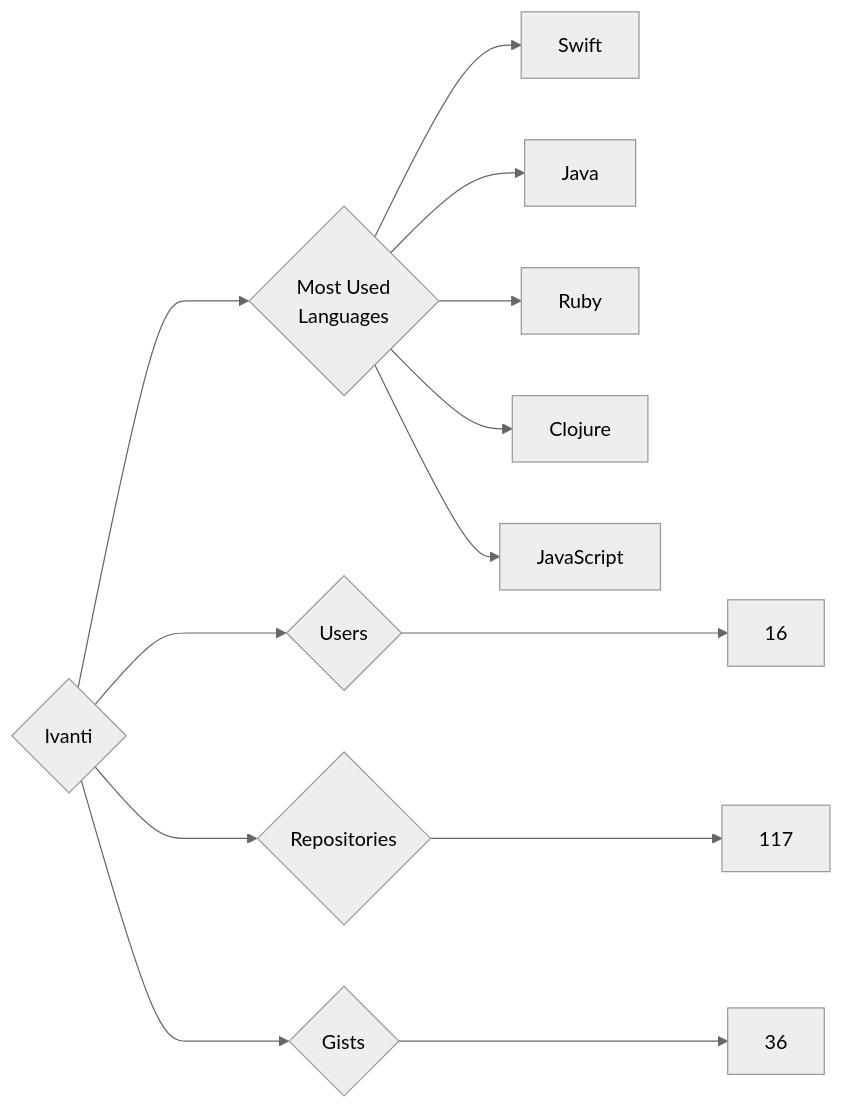
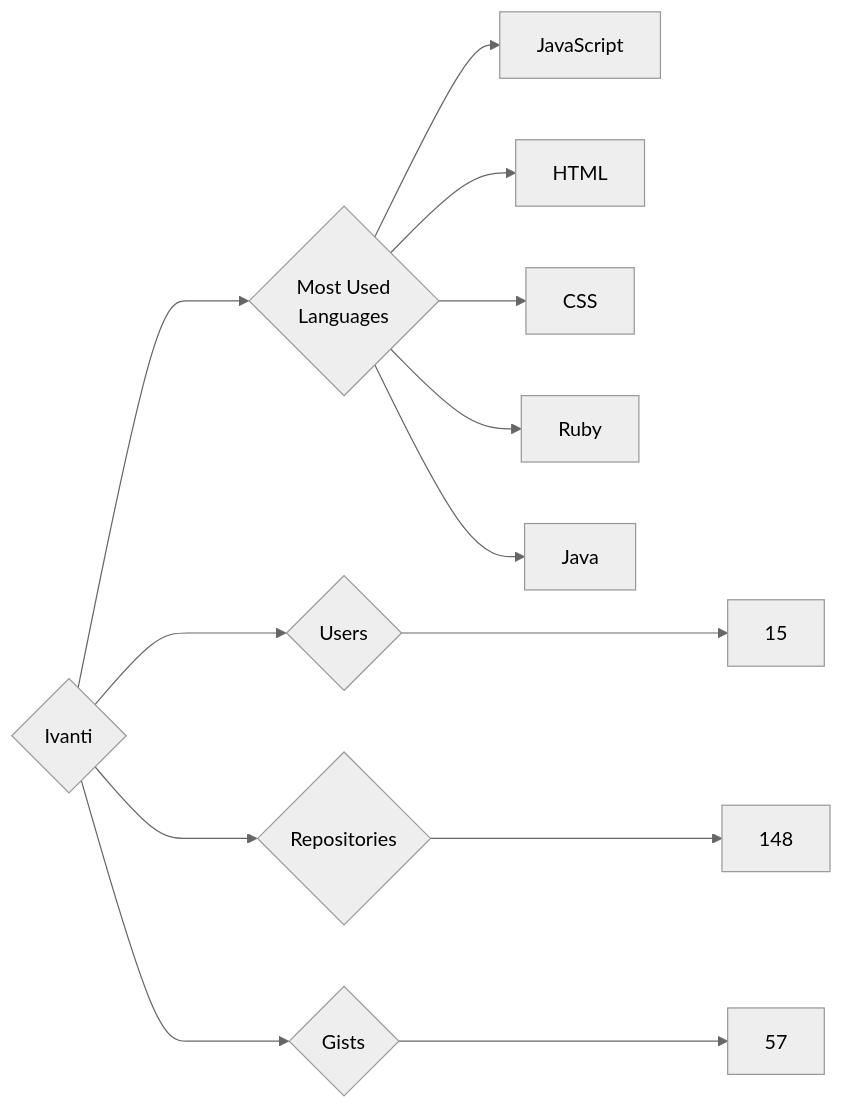
One commit to trickest/insiders changed the diagram in targets/Ivanti/README.md. Above: the diagram before and after it, drawn with Mermaid (neutral theme). The commit also changed 984 other files, not shown here.

````diff
--- a/targets/Ivanti/README.md
+++ b/targets/Ivanti/README.md
@@ -3,13 +3,13 @@
 ```mermaid
 graph LR
 COMPANY_NAME{Ivanti}
-COMPANY_NAME ---> U{Users} ---> UN[16]
-COMPANY_NAME ---> R{Repositories} ---> RN[117]
-COMPANY_NAME ---> G{Gists} ---> GN[36]
+COMPANY_NAME ---> U{Users} ---> UN[15]
+COMPANY_NAME ---> R{Repositories} ---> RN[148]
+COMPANY_NAME ---> G{Gists} ---> GN[57]
 COMPANY_NAME ---> ML{Most Used<br>Languages}
-ML --> Swift
-ML --> Java
-ML --> Ruby
-ML --> Clojure
-ML --> JavaScript
+ML --> JavaScript[JavaScript]
+ML --> HTML[HTML]
+ML --> CSS[CSS]
+ML --> Ruby[Ruby]
+ML --> Java[Java]
 ```
````
